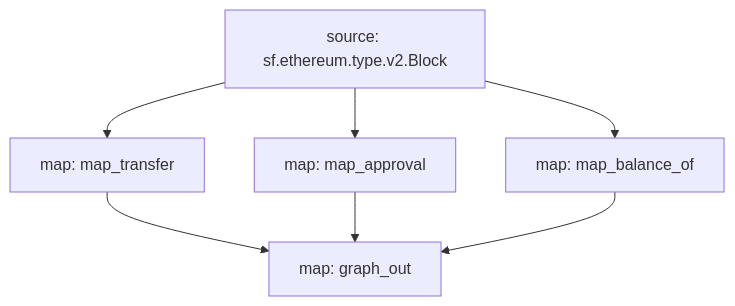
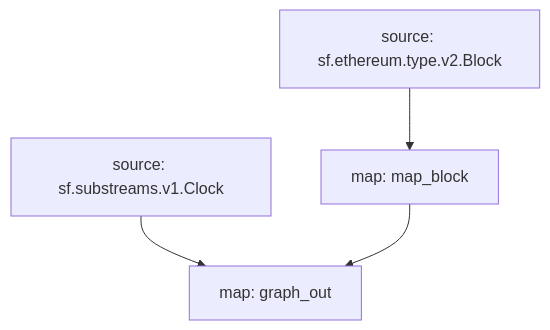
The diagram in erc20/README.md (pinax-network/substreams-cookbook), drawn with Mermaid before and after one commit. The commit also changed other lines of this file and 8 other files, not shown here.

````diff
--- a/erc20/README.md
+++ b/erc20/README.md
@@ -61,13 +60,9 @@
 ```mermaid
 graph TD;
-  map_transfer[map: map_transfer];
-  sf.ethereum.type.v2.Block[source: sf.ethereum.type.v2.Block] --> map_transfer;
-  map_approval[map: map_approval];
-  sf.ethereum.type.v2.Block[source: sf.ethereum.type.v2.Block] --> map_approval;
-  map_balance_of[map: map_balance_of];
-  sf.ethereum.type.v2.Block[source: sf.ethereum.type.v2.Block] --> map_balance_of;
+  map_block[map: map_block];
+  sf.ethereum.type.v2.Block[source: sf.ethereum.type.v2.Block] --> map_block;
   graph_out[map: graph_out];
-  map_transfer --> graph_out;
-  map_approval --> graph_out;
-  map_balance_of --> graph_out;
+  sf.substreams.v1.Clock[source: sf.substreams.v1.Clock] --> graph_out;
+  map_block --> graph_out;
+
 ```
````
